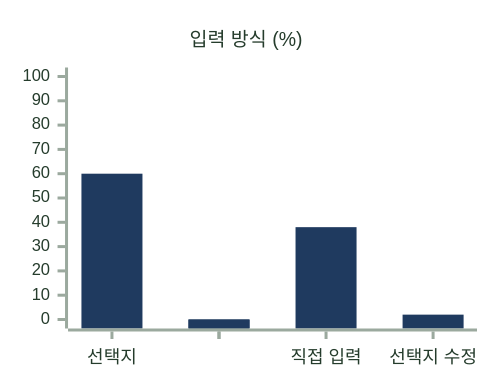
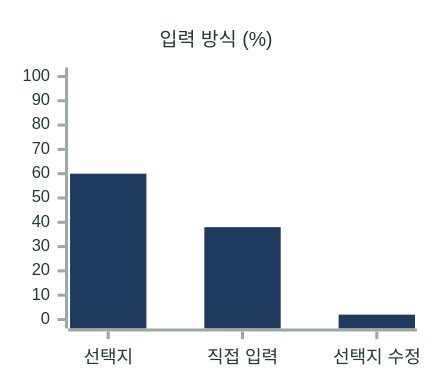
The fourth of 16 diagrams in docs/AI/CHAT/6-4-AI-EVALUATION-METHOD.md (KIM-N-KANG/knk-harness), drawn with Mermaid before and after one commit. The commit also changed other lines of this file, not shown here.

````diff
--- a/docs/AI/CHAT/6-4-AI-EVALUATION-METHOD.md
+++ b/docs/AI/CHAT/6-4-AI-EVALUATION-METHOD.md
@@ -101,8 +101,8 @@
 ```mermaid
-%%{init: {"theme": "base", "xyChart": {"width": 308, "height": 240, "titleFontSize": 13, "xAxis": {"labelFontSize": 12}, "yAxis": {"labelFontSize": 11, "showTitle": false}}, "themeVariables": {"xyChart": {"backgroundColor": "#FFFFFF", "titleColor": "#253C2C", "xAxisLabelColor": "#253C2C", "xAxisLineColor": "#9BA99E", "xAxisTickColor": "#9BA99E", "yAxisLabelColor": "#253C2C", "yAxisLineColor": "#9BA99E", "yAxisTickColor": "#9BA99E", "plotColorPalette": "#1F3A5F"}}}}%%
+%%{init: {"theme": "base", "xyChart": {"width": 268, "height": 240, "titleFontSize": 13, "xAxis": {"labelFontSize": 12}, "yAxis": {"labelFontSize": 11, "showTitle": false}}, "themeVariables": {"xyChart": {"backgroundColor": "#FFFFFF", "titleColor": "#253C2C", "xAxisLabelColor": "#253C2C", "xAxisLineColor": "#9BA99E", "xAxisTickColor": "#9BA99E", "yAxisLabelColor": "#253C2C", "yAxisLineColor": "#9BA99E", "yAxisTickColor": "#9BA99E", "plotColorPalette": "#1F3A5F"}}}}%%
 xychart-beta
     title "입력 방식 (%)"
-    x-axis ["선택지", " ", "직접 입력", "  ", "선택지 수정"]
+    x-axis ["선택지", "직접 입력", "선택지 수정"]
     y-axis 0 --> 100
-    bar [60, 0, 38, 0, 2]
+    bar [60, 38, 2]
 ```
````
